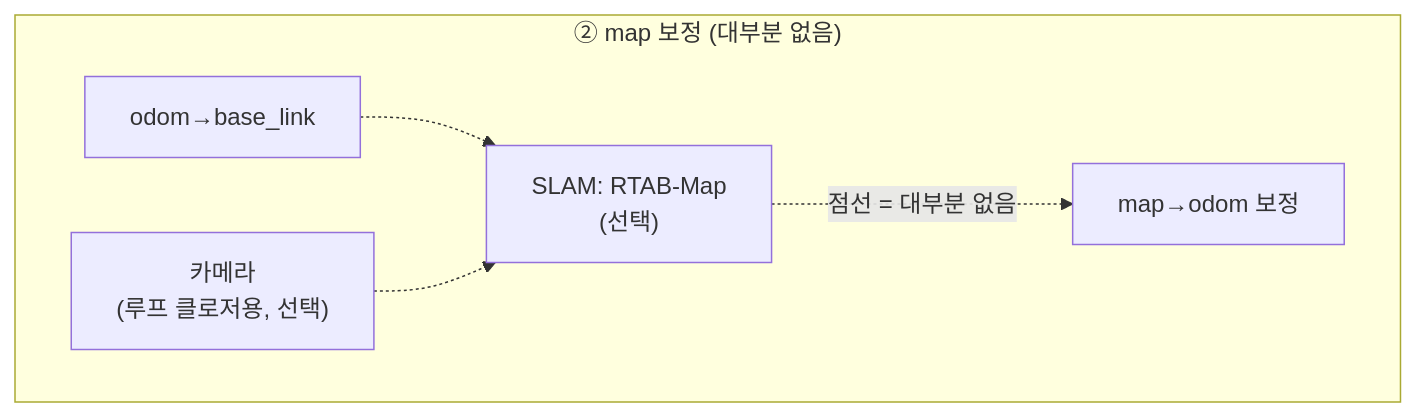
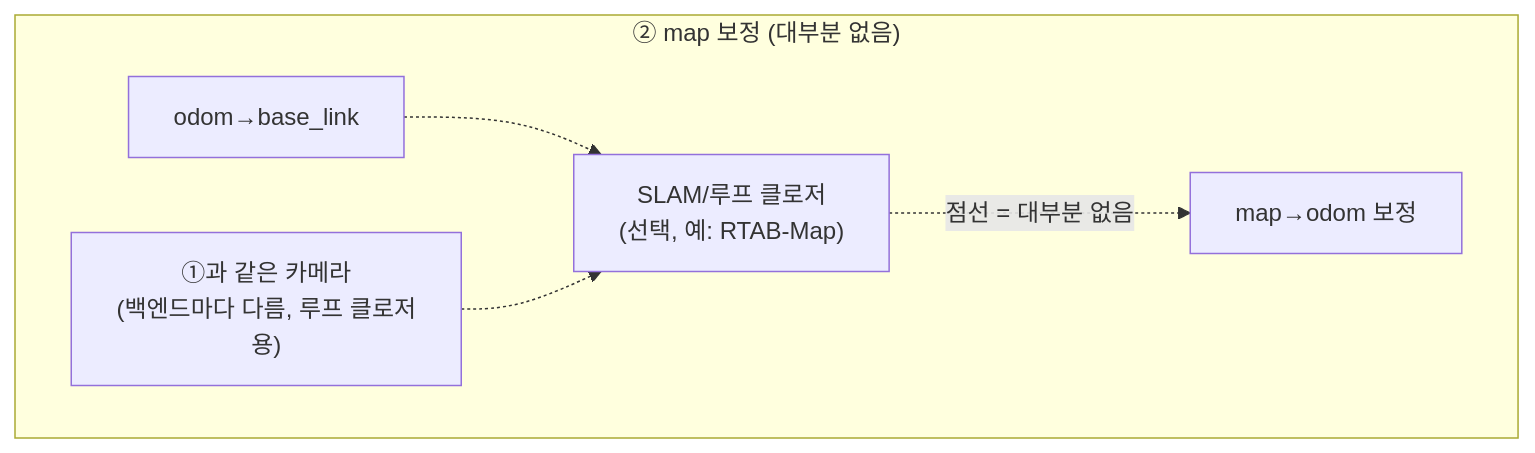
Before and after one commit to codebaragi23/ROS2-doc: the fifth of 6 diagrams in 7_드론 적용 Part E/E0_지상로봇과_드론은_무엇이_다른가.md, drawn with Mermaid. The commit also changed other lines of this file, not shown here.

First line of the commit message:
fix: E0 map 보정 단계의 루프 클로저 센서를 백엔드 종속으로 일반화

````diff
--- a/7_드론 적용 Part E/E0_지상로봇과_드론은_무엇이_다른가.md
+++ b/7_드론 적용 Part E/E0_지상로봇과_드론은_무엇이_다른가.md
@@ -113,10 +114,10 @@
 ```mermaid
 flowchart TB
     subgraph AIR2["② map 보정 (대부분 없음)"]
-        AODOM2["odom→base_link"] -.-> AMAP["SLAM: RTAB-Map
-(선택)"]
-        AS2["카메라
-(루프 클로저용, 선택)"] -.-> AMAP
+        AODOM2["odom→base_link"] -.-> AMAP["SLAM/루프 클로저
+(선택, 예: RTAB-Map)"]
+        AS2["①과 같은 카메라
+(백엔드마다 다름, 루프 클로저용)"] -.-> AMAP
         AMAP -.점선 = 대부분 없음.-> AMAPODOM[map→odom 보정]
     end
 ```
````
